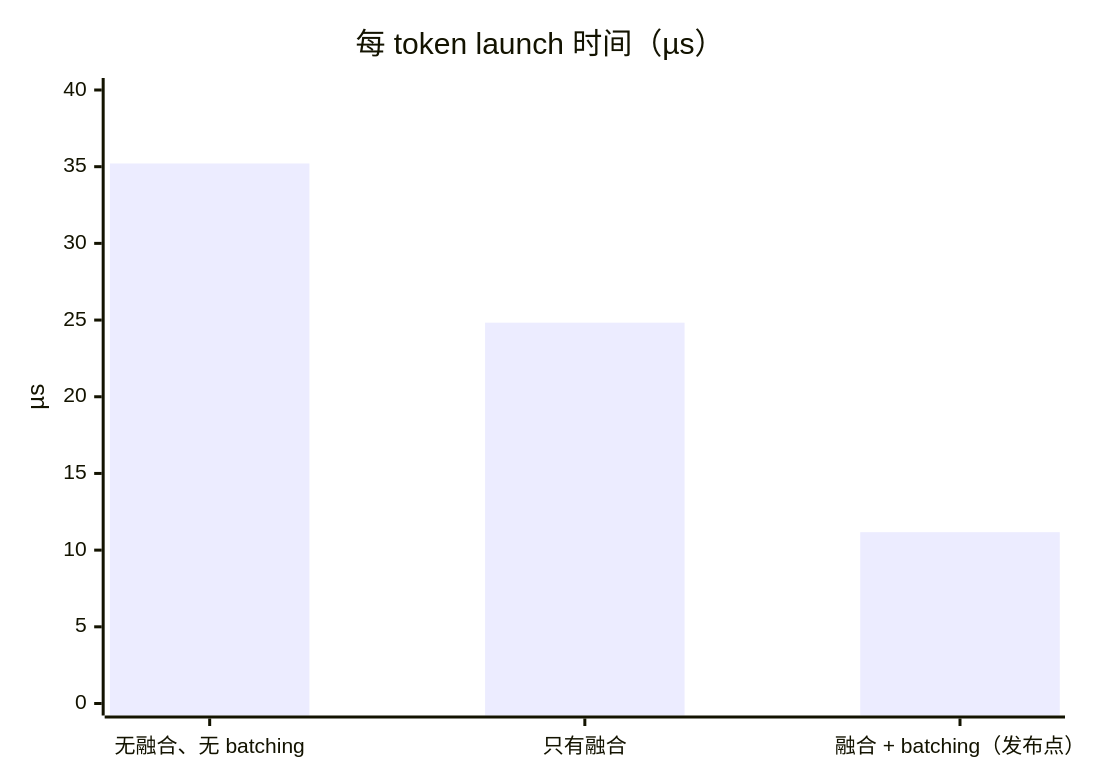
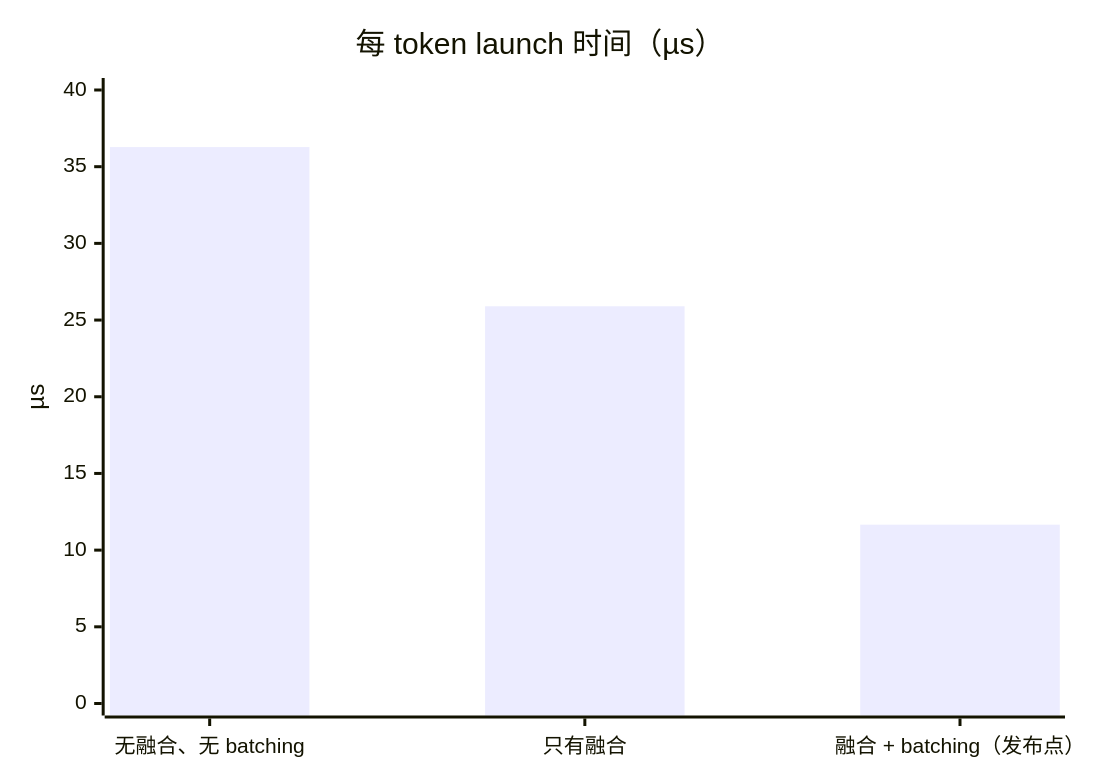
One commit to xqdan/xihu changed the fourth of 8 diagrams in teams/software/docs/COMPILER_RUNTIME_AND_FIRMWARE.md. Above: the diagram before and after it, drawn with Mermaid. The commit also changed other lines of this file and 36 other files, not shown here.

````diff
--- a/teams/software/docs/COMPILER_RUNTIME_AND_FIRMWARE.md
+++ b/teams/software/docs/COMPILER_RUNTIME_AND_FIRMWARE.md
@@ -113,7 +113,7 @@
 ```mermaid
 xychart-beta
   title "每 token launch 时间（µs）"
   x-axis ["无融合、无 batching", "只有融合", "融合 + batching（发布点）"]
   y-axis "µs" 0 --> 40
-  bar [35.21, 24.83, 11.17]
+  bar [36.28, 25.90, 11.66]
 ```
````
